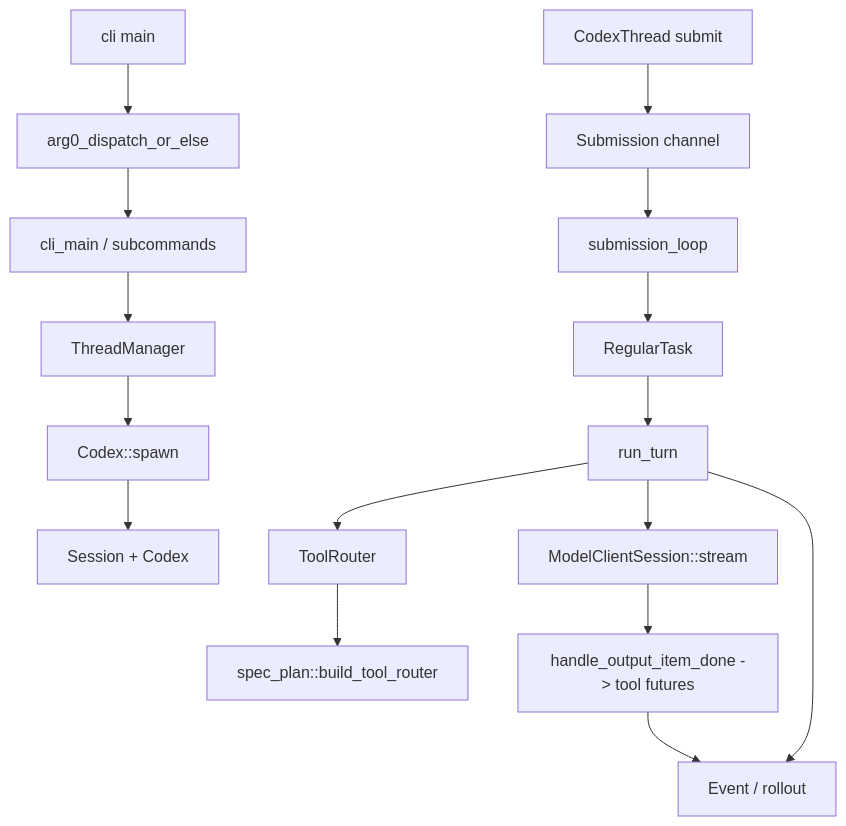
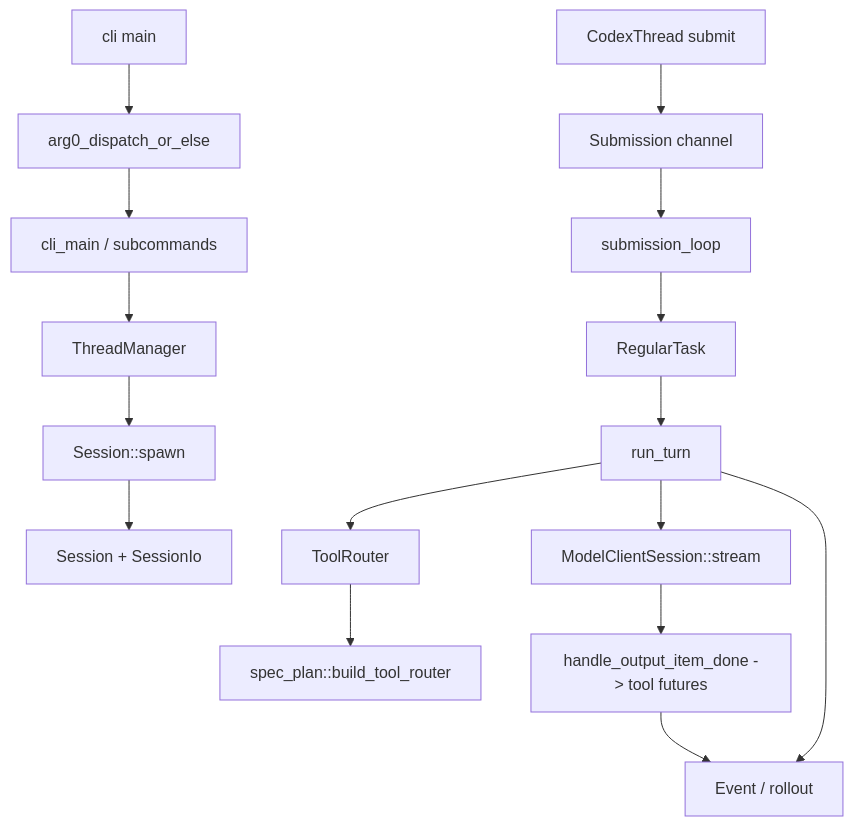
One commit to wdnmdtonyma/SOTA-Agent-LLM-Wiki changed the diagram in docs/llm-wiki/codex/spine/overview.md. Above: the diagram before and after it, drawn with Mermaid. The commit also changed other lines of this file and 183 other files, not shown here.

````diff
--- a/docs/llm-wiki/codex/spine/overview.md
+++ b/docs/llm-wiki/codex/spine/overview.md
@@ -23,18 +23,18 @@
 ```mermaid
 flowchart TD
     CLI["cli main"] --> ARG0["arg0_dispatch_or_else"]
     ARG0 --> CLI_MAIN["cli_main / subcommands"]
     CLI_MAIN --> TM["ThreadManager"]
-    TM --> SPAWN["Codex::spawn"]
-    SPAWN --> SESSION["Session + Codex"]
+    TM --> SPAWN["Session::spawn"]
+    SPAWN --> SESSION["Session + SessionIo"]
     CLIENT["CodexThread submit"] --> SQ["Submission channel"]
     SQ --> LOOP["submission_loop"]
     LOOP --> TASK["RegularTask"]
     TASK --> TURN["run_turn"]
     TURN --> STREAM["ModelClientSession::stream"]
     TURN --> ROUTER["ToolRouter"]
     ROUTER --> SPECPLAN["spec_plan::build_tool_router"]
     STREAM --> TOOLS["handle_output_item_done -> tool futures"]
     TOOLS --> EQ["Event / rollout"]
     TURN --> EQ
 ```
````
